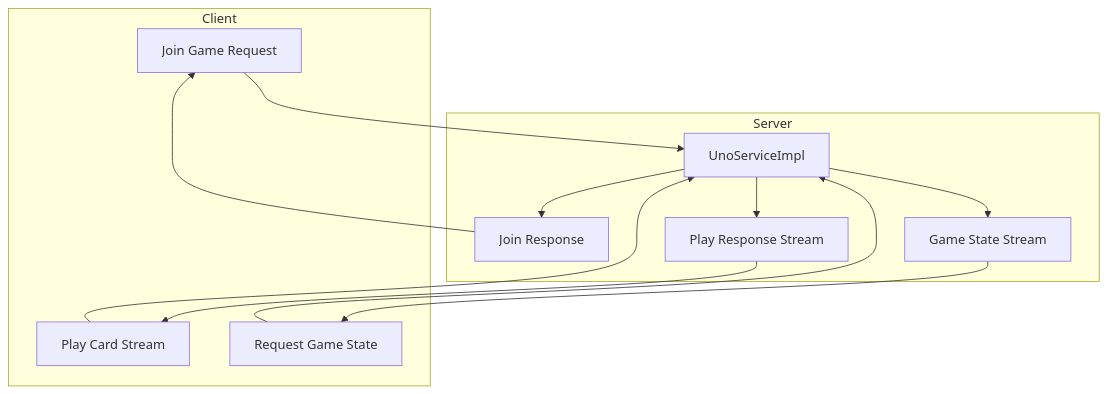
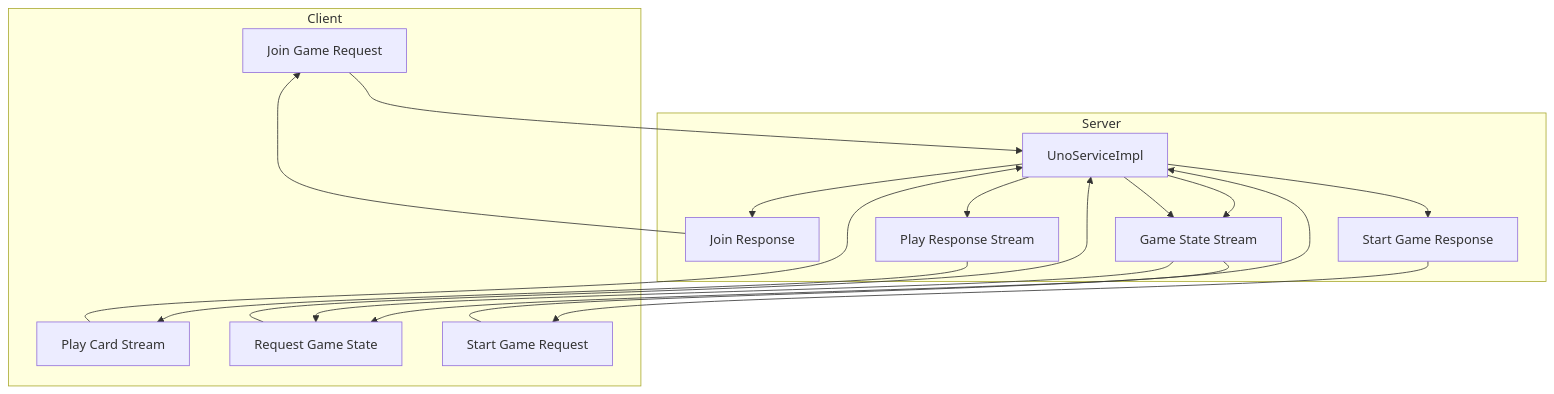
Before and after one commit to YashzAlphaGeek/FluxRPC: the second of 3 diagrams in README.md, drawn with Mermaid. The commit also changed other lines of this file, not shown here.

````diff
--- a/README.md
+++ b/README.md
@@ -89,26 +45,32 @@
 ```mermaid
 %% UNO-RPC gRPC Call Flow
 
 flowchart TD
     subgraph Client
         C1[Join Game Request]
         C2[Play Card Stream]
         C3[Request Game State]
+        C4[Start Game Request]
     end
 
     subgraph Server
         S1[UnoServiceImpl]
         S1Join[Join Response]
+        S1Start[Start Game Response]
         S1Play[Play Response Stream]
         S1State[Game State Stream]
     end
 
     %% Join Game (Unary)
     C1 --> S1 --> S1Join --> C1
 
+    %% Start Game (Unary)
+    C4 --> S1 --> S1Start --> C4
+    S1 --> S1State --> C3
+
     %% Play Card (BiDi Streaming)
     C2 --> S1 --> S1Play --> C2
 
     %% Game State (Server Streaming)
     C3 --> S1 --> S1State --> C3
 ```
````
